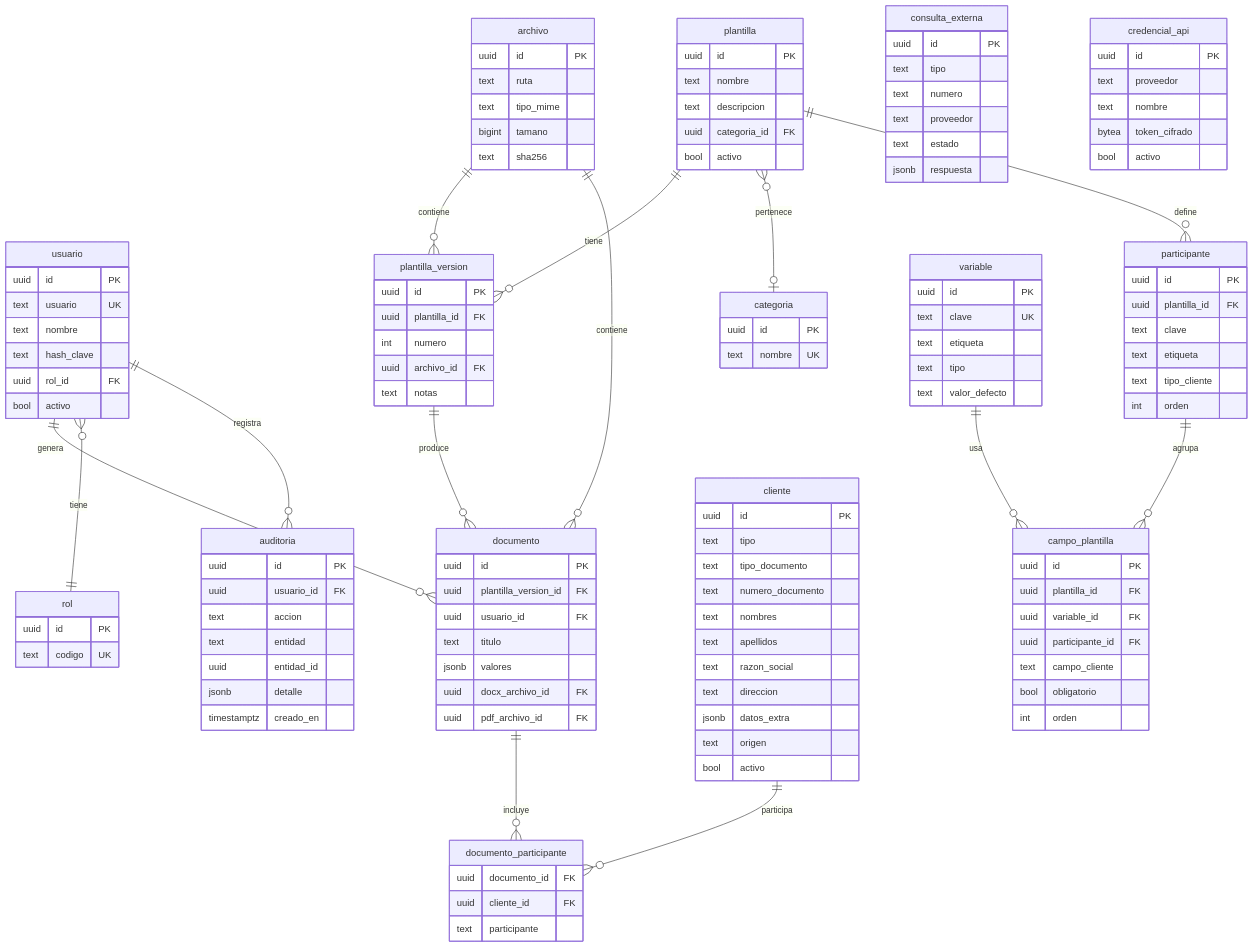
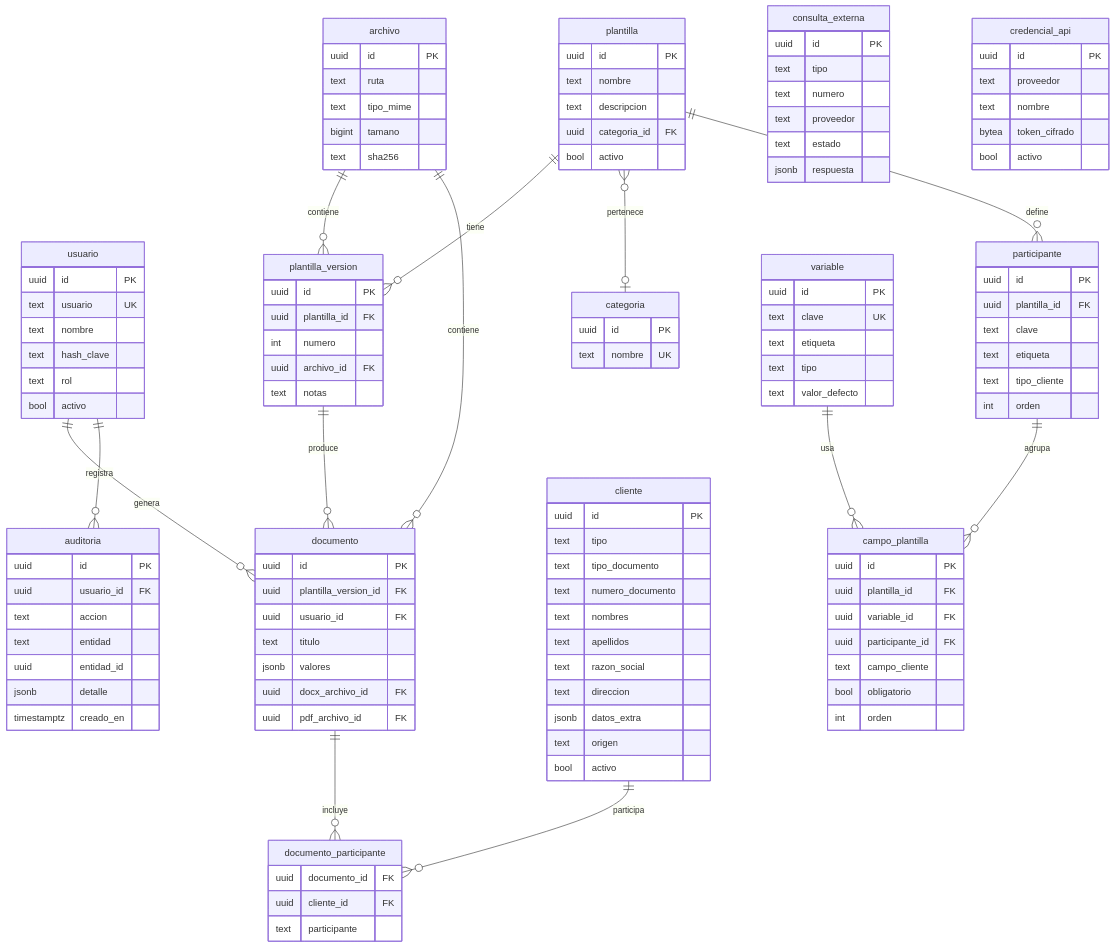
One commit to Will-M7/Documentos changed the second of 3 diagrams in docs/ARQUITECTURA.md. Above: the diagram before and after it, drawn with Mermaid. The commit also changed other lines of this file and 106 other files, not shown here.

````diff
--- a/docs/ARQUITECTURA.md
+++ b/docs/ARQUITECTURA.md
@@ -249,7 +252,6 @@
 ```mermaid
 erDiagram
     usuario ||--o{ documento : genera
-    usuario }o--|| rol : tiene
     plantilla ||--o{ plantilla_version : tiene
     plantilla }o--o| categoria : pertenece
     plantilla ||--o{ participante : define
@@ -267,12 +269,8 @@
         text usuario UK
         text nombre
         text hash_clave
-        uuid rol_id FK
+        text rol
         bool activo
-    }
-    rol {
-        uuid id PK
-        text codigo UK
     }
     cliente {
         uuid id PK
````
